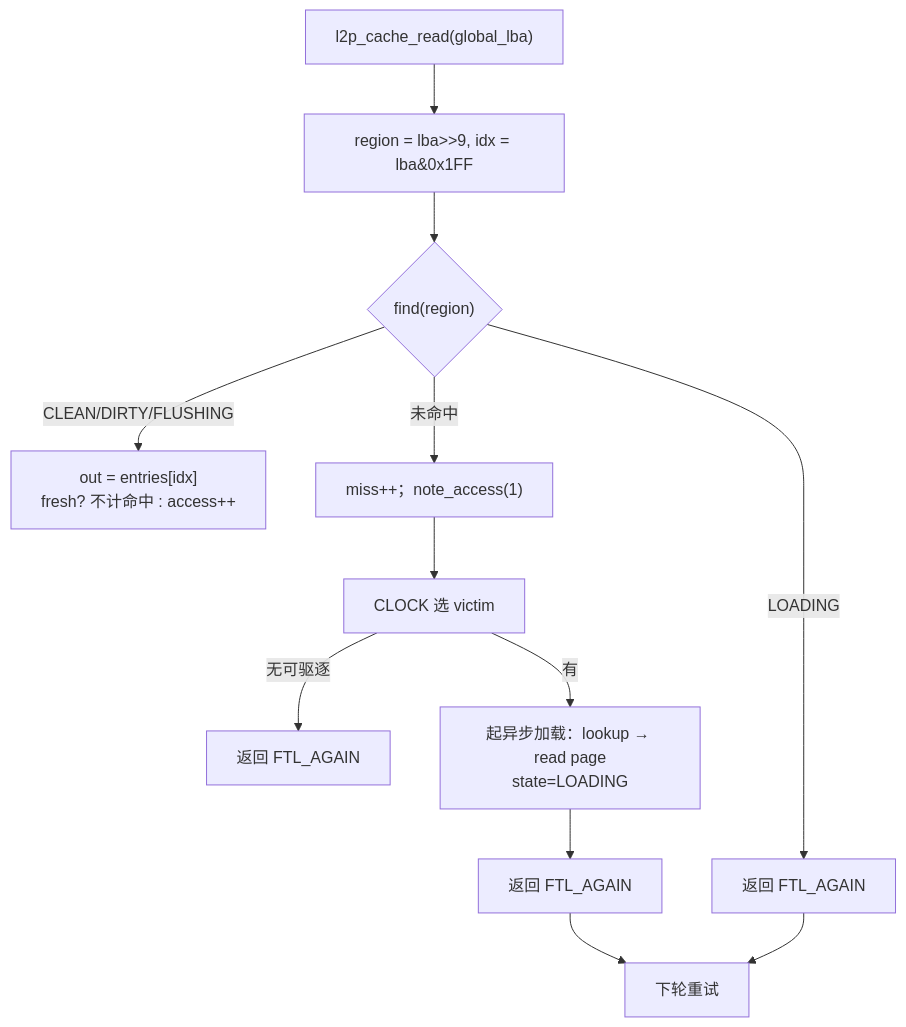
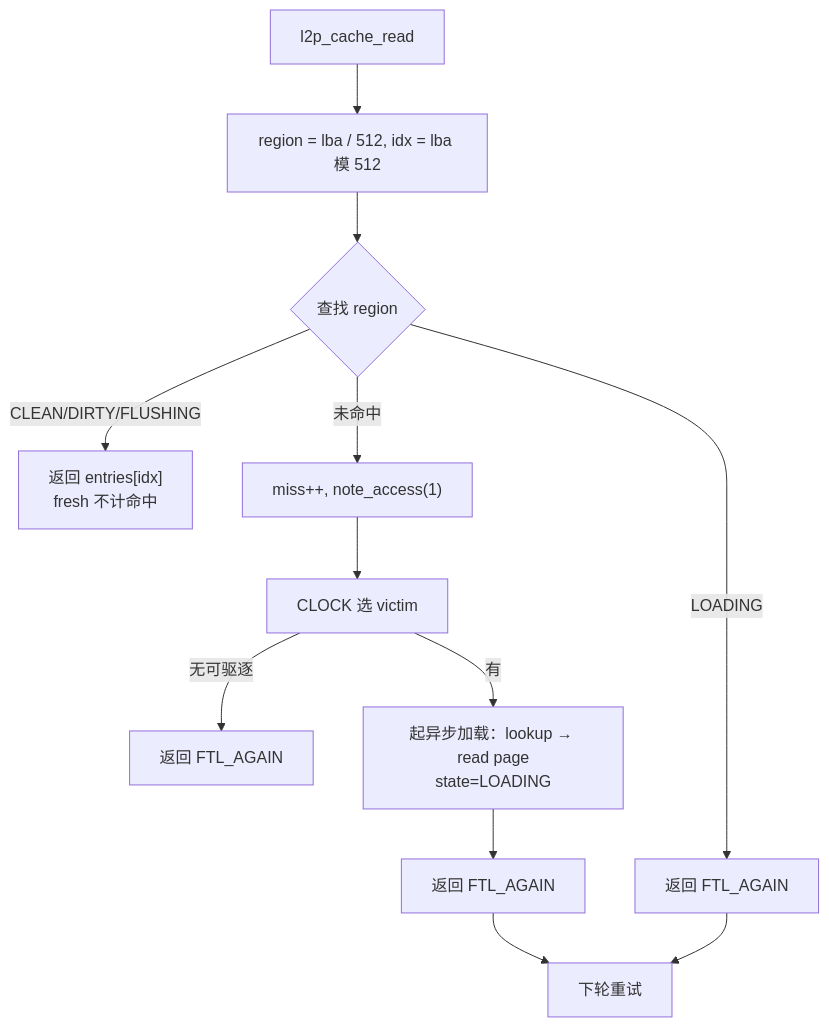
One commit to YzYMIAO/BASESSD changed the tenth of 28 diagrams in docs/design/ftl_design.md. Above: the diagram before and after it, drawn with Mermaid. The commit also changed other lines of this file, not shown here.

First line of the commit message:
docs(ftl): 修复 GitHub 目录跳转与 mermaid 渲染

````diff
--- a/docs/design/ftl_design.md
+++ b/docs/design/ftl_design.md
@@ -1460,14 +1484,14 @@
 ```mermaid
 flowchart TD
-    A["l2p_cache_read(global_lba)"] --> B["region = lba>>9, idx = lba&0x1FF"]
-    B --> C{"find(region)"}
+    A["l2p_cache_read"] --> B["region = lba / 512, idx = lba 模 512"]
+    B --> C{"查找 region"}
     C -- "LOADING" --> D["返回 FTL_AGAIN"]
-    C -- "CLEAN/DIRTY/FLUSHING" --> E["out = entries[idx]<br/>fresh? 不计命中 : access++"]
-    C -- "未命中" --> F["miss++；note_access(1)"]
+    C -- "CLEAN/DIRTY/FLUSHING" --> E["返回 entries[idx]<br/>fresh 不计命中"]
+    C -- "未命中" --> F["miss++, note_access(1)"]
     F --> G["CLOCK 选 victim"]
     G -- "无可驱逐" --> H["返回 FTL_AGAIN"]
     G -- "有" --> I["起异步加载：lookup → read page<br/>state=LOADING"]
     I --> J["返回 FTL_AGAIN"]
     J --> K["下轮重试"]
     D --> K
 ```
````
